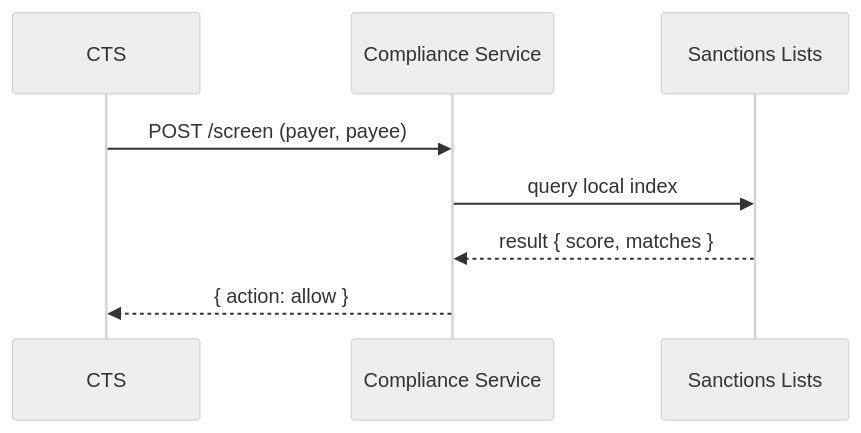
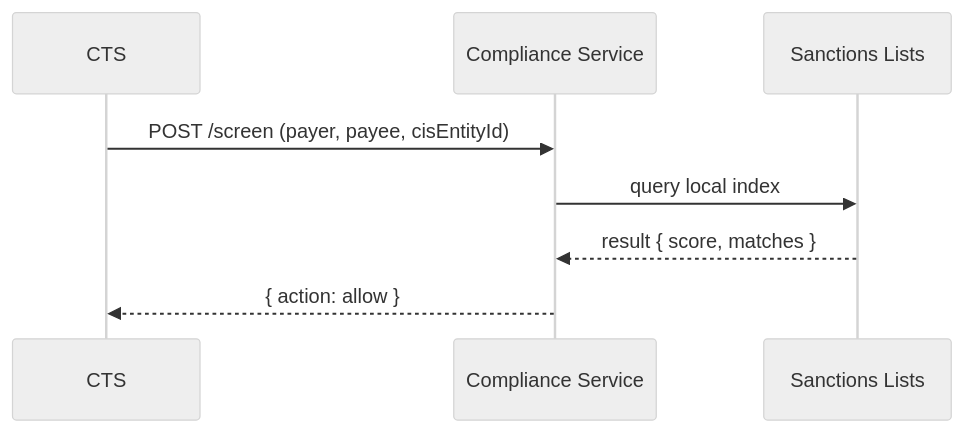
Before and after one commit to stalela/stalela-docs: the diagram in docs/10-payments-nucleus/components/compliance-screening.md, drawn with Mermaid (neutral theme). The commit also changed other lines of this file and 106 other files, not shown here.

````diff
--- a/docs/10-payments-nucleus/components/compliance-screening.md
+++ b/docs/10-payments-nucleus/components/compliance-screening.md
@@ -53,11 +56,11 @@
 ```mermaid
 sequenceDiagram
   participant CTS
   participant CS as Compliance Service
   participant LIST as Sanctions Lists
 
-  CTS->>CS: POST /screen (payer, payee)
+  CTS->>CS: POST /screen (payer, payee, cisEntityId)
   CS->>LIST: query local index
   LIST-->>CS: result { score, matches }
   CS-->>CTS: { action: allow }
 ```
````
